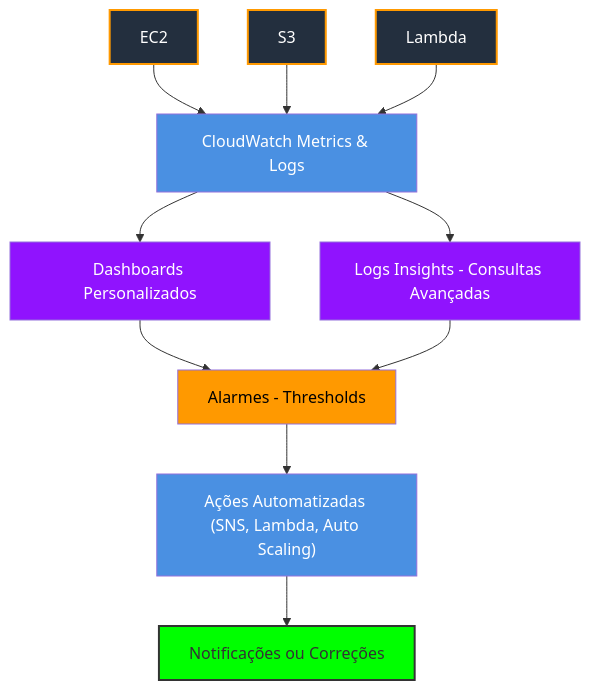
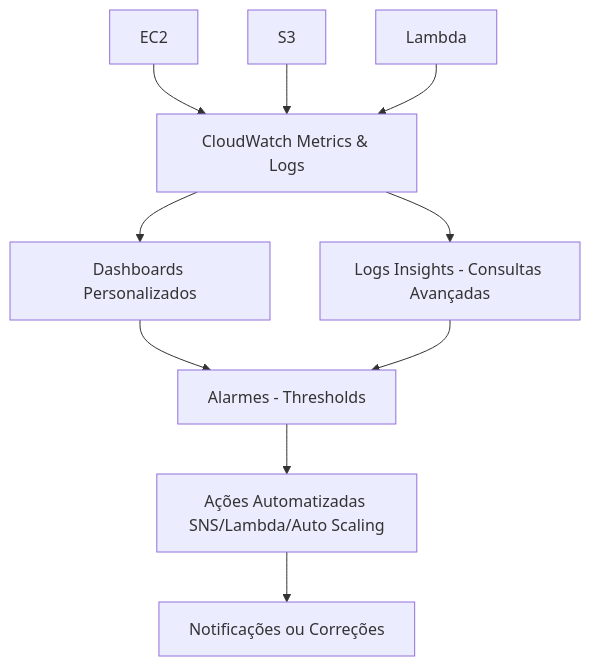
The diagram in modulo-8/diagrams/cloudwatch.mmd (AnnyKaah/cloud-girls-aws-journey), drawn with Mermaid before and after one commit.

````diff
--- a/modulo-8/diagrams/cloudwatch.mmd
+++ b/modulo-8/diagrams/cloudwatch.mmd
@@ -1,22 +1,10 @@
-```mermaid
-graph TD
+flowchart TD
     A["EC2"] --> D["CloudWatch Metrics & Logs"]
     B["S3"] --> D
     C["Lambda"] --> D
     D --> E["Dashboards Personalizados"]
     D --> F["Logs Insights - Consultas Avançadas"]
     E --> G["Alarmes - Thresholds"]
     F --> G
-    G --> H["Ações Automatizadas (SNS, Lambda, Auto Scaling)"]
+    G --> H["Ações Automatizadas SNS/Lambda/Auto Scaling"]
     H --> I["Notificações ou Correções"]
-
-    style A fill:#232F3E,stroke:#F90,stroke-width:2px,color:#FFF
-    style B fill:#232F3E,stroke:#F90,stroke-width:2px,color:#FFF
-    style C fill:#232F3E,stroke:#F90,stroke-width:2px,color:#FFF
-    style D fill:#4A90E2,color:#FFF
-    style E fill:#9013FE,color:#FFF
-    style F fill:#9013FE,color:#FFF
-    style G fill:#FF9900,color:#000
-    style H fill:#4A90E2,color:#FFF
-    style I fill:#00FF00,stroke:#333,stroke-width:2px
-```
````
